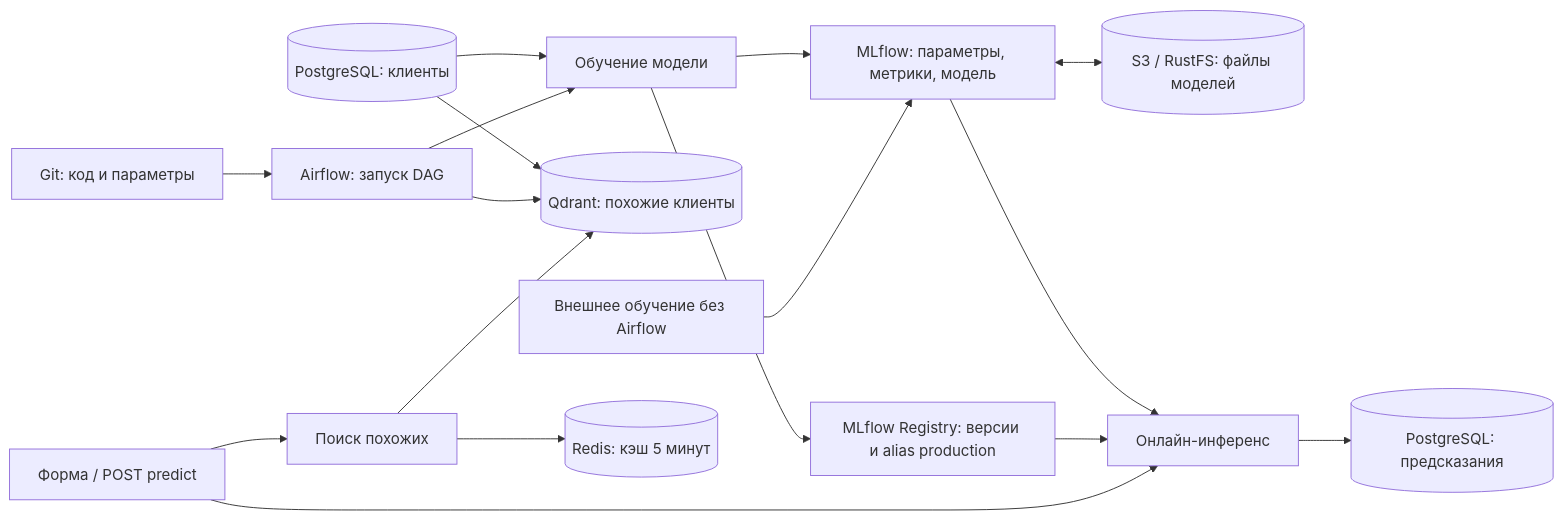
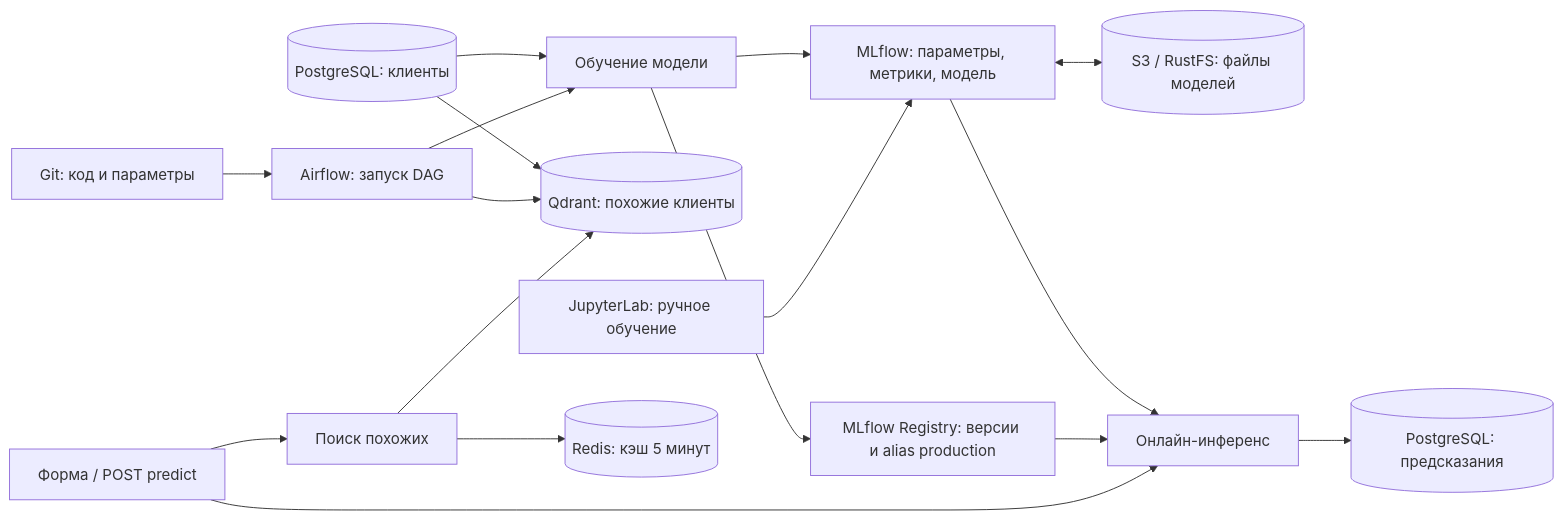
The diagram in README.md (sergey445512/airflow-ml-service-demo), drawn with Mermaid before and after one commit. The commit also changed other lines of this file and 8 other files, not shown here.

Commit message:
Add introductory JupyterLab model training demo

````diff
--- a/README.md
+++ b/README.md
@@ -40,19 +44,19 @@
 ```mermaid
 flowchart LR
     G[Git: код и параметры] --> A[Airflow: запуск DAG]
     P[(PostgreSQL: клиенты)] --> T[Обучение модели]
     P --> Q[(Qdrant: похожие клиенты)]
     A --> T
     A --> Q
     T --> M[MLflow: параметры, метрики, модель]
-    E[Внешнее обучение без Airflow] --> M
+    E[JupyterLab: ручное обучение] --> M
     T --> V[MLflow Registry: версии и alias production]
     M <--> O[(S3 / RustFS: файлы моделей)]
     M --> S[Онлайн-инференс]
     V --> S
     U[Форма / POST predict] --> S
     S --> R[(PostgreSQL: предсказания)]
     U --> N[Поиск похожих]
     N --> C[(Redis: кэш 5 минут)]
     N --> Q
 ```
````
